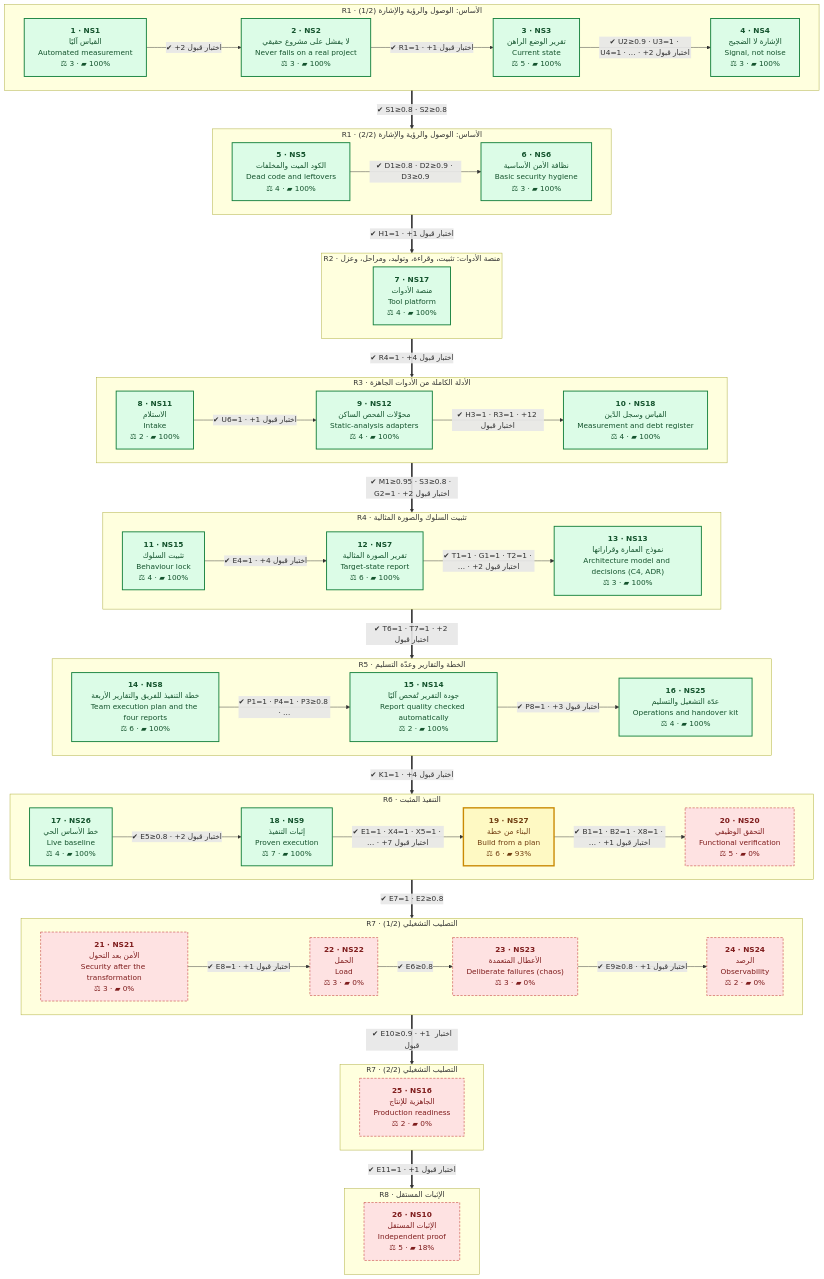
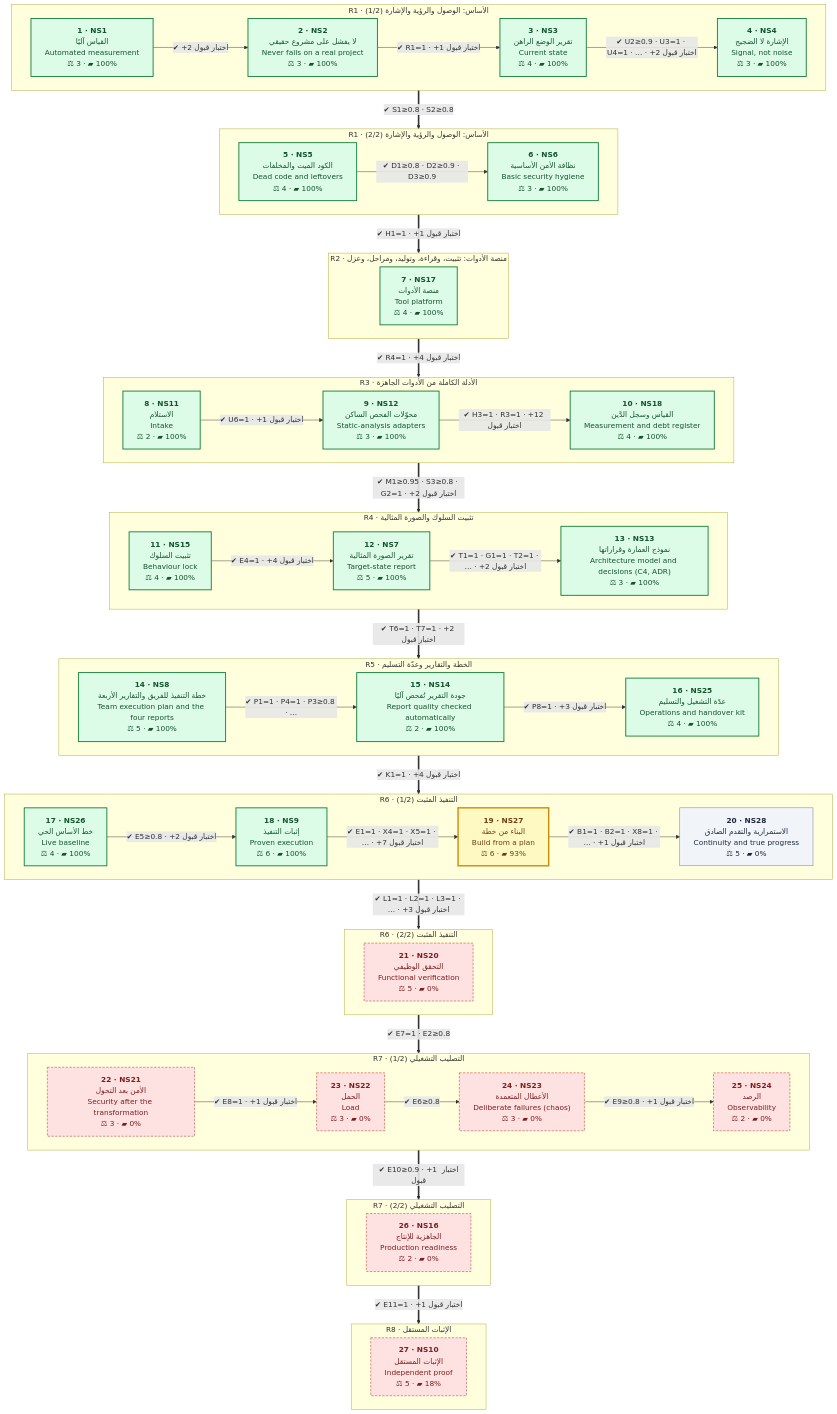
The second of 2 diagrams in README.md (eom1417/engineering-audit-os), drawn with Mermaid before and after one commit. The commit also changed other lines of this file and 23 other files, not shown here.

```diff
--- a/README.md
+++ b/README.md
@@ -251,7 +251,7 @@
         direction LR
         NS1["<b>1 · NS1</b><br/>القياس آليًا<br/>Automated measurement<br/>⚖ 3 · ▰ 100%"]:::done
         NS2["<b>2 · NS2</b><br/>لا يفشل على مشروع حقيقي<br/>Never fails on a real project<br/>⚖ 3 · ▰ 100%"]:::done
-        NS3["<b>3 · NS3</b><br/>تقرير الوضع الراهن<br/>Current state<br/>⚖ 5 · ▰ 100%"]:::done
+        NS3["<b>3 · NS3</b><br/>تقرير الوضع الراهن<br/>Current state<br/>⚖ 4 · ▰ 100%"]:::done
         NS4["<b>4 · NS4</b><br/>الإشارة لا الضجيج<br/>Signal, not noise<br/>⚖ 3 · ▰ 100%"]:::done
         NS1 -->|"✔ +2 اختبار قبول"| NS2
         NS2 -->|"✔ R1=1 · +1 اختبار قبول"| NS3
@@ -270,7 +270,7 @@
     subgraph R3_1["R3 · الأدلة الكاملة من الأدوات الجاهزة"]
         direction LR
         NS11["<b>8 · NS11</b><br/>الاستلام<br/>Intake<br/>⚖ 2 · ▰ 100%"]:::done
-        NS12["<b>9 · NS12</b><br/>محوّلات الفحص الساكن<br/>Static-analysis adapters<br/>⚖ 4 · ▰ 100%"]:::done
+        NS12["<b>9 · NS12</b><br/>محوّلات الفحص الساكن<br/>Static-analysis adapters<br/>⚖ 3 · ▰ 100%"]:::done
         NS18["<b>10 · NS18</b><br/>القياس وسجل الدَّين<br/>Measurement and debt register<br/>⚖ 4 · ▰ 100%"]:::done
         NS11 -->|"✔ U6=1 · +1 اختبار قبول"| NS12
         NS12 -->|"✔ H3=1 · R3=1 · +12 اختبار قبول"| NS18
@@ -278,46 +278,50 @@
     subgraph R4_1["R4 · تثبيت السلوك والصورة المثالية"]
         direction LR
         NS15["<b>11 · NS15</b><br/>تثبيت السلوك<br/>Behaviour lock<br/>⚖ 4 · ▰ 100%"]:::done
-        NS7["<b>12 · NS7</b><br/>تقرير الصورة المثالية<br/>Target-state report<br/>⚖ 6 · ▰ 100%"]:::done
+        NS7["<b>12 · NS7</b><br/>تقرير الصورة المثالية<br/>Target-state report<br/>⚖ 5 · ▰ 100%"]:::done
         NS13["<b>13 · NS13</b><br/>نموذج العمارة وقراراتها<br/>Architecture model and decisions (C4, ADR)<br/>⚖ 3 · ▰ 100%"]:::done
         NS15 -->|"✔ E4=1 · +4 اختبار قبول"| NS7
         NS7 -->|"✔ T1=1 · G1=1 · T2=1 · … · +2 اختبار قبول"| NS13
     end
     subgraph R5_1["R5 · الخطة والتقارير وعدّة التسليم"]
         direction LR
-        NS8["<b>14 · NS8</b><br/>خطة التنفيذ للفريق والتقارير الأربعة<br/>Team execution plan and the four reports<br/>⚖ 6 · ▰ 100%"]:::done
+        NS8["<b>14 · NS8</b><br/>خطة التنفيذ للفريق والتقارير الأربعة<br/>Team execution plan and the four reports<br/>⚖ 5 · ▰ 100%"]:::done
         NS14["<b>15 · NS14</b><br/>جودة التقرير تُفحص آليًا<br/>Report quality checked automatically<br/>⚖ 2 · ▰ 100%"]:::done
         NS25["<b>16 · NS25</b><br/>عدّة التشغيل والتسليم<br/>Operations and handover kit<br/>⚖ 4 · ▰ 100%"]:::done
         NS8 -->|"✔ P1=1 · P4=1 · P3≥0.8 · …"| NS14
         NS14 -->|"✔ P8=1 · +3 اختبار قبول"| NS25
     end
-    subgraph R6_1["R6 · التنفيذ المثبت"]
+    subgraph R6_1["R6 · التنفيذ المثبت (1/2)"]
         direction LR
         NS26["<b>17 · NS26</b><br/>خط الأساس الحي<br/>Live baseline<br/>⚖ 4 · ▰ 100%"]:::done
-        NS9["<b>18 · NS9</b><br/>إثبات التنفيذ<br/>Proven execution<br/>⚖ 7 · ▰ 100%"]:::done
+        NS9["<b>18 · NS9</b><br/>إثبات التنفيذ<br/>Proven execution<br/>⚖ 6 · ▰ 100%"]:::done
         NS27["<b>19 · NS27</b><br/>البناء من خطة<br/>Build from a plan<br/>⚖ 6 · ▰ 93%"]:::current
-        NS20["<b>20 · NS20</b><br/>التحقق الوظيفي<br/>Functional verification<br/>⚖ 5 · ▰ 0%"]:::owner
+        NS28["<b>20 · NS28</b><br/>الاستمرارية والتقدم الصادق<br/>Continuity and true progress<br/>⚖ 5 · ▰ 0%"]:::next
         NS26 -->|"✔ E5≥0.8 · +2 اختبار قبول"| NS9
         NS9 -->|"✔ E1=1 · X4=1 · X5=1 · … · +7 اختبار قبول"| NS27
-        NS27 -->|"✔ B1=1 · B2=1 · X8=1 · … · +1 اختبار قبول"| NS20
+        NS27 -->|"✔ B1=1 · B2=1 · X8=1 · … · +1 اختبار قبول"| NS28
+    end
+    subgraph R6_2["R6 · التنفيذ المثبت (2/2)"]
+        direction LR
+        NS20["<b>21 · NS20</b><br/>التحقق الوظيفي<br/>Functional verification<br/>⚖ 5 · ▰ 0%"]:::owner
     end
     subgraph R7_1["R7 · التصليب التشغيلي (1/2)"]
         direction LR
-        NS21["<b>21 · NS21</b><br/>الأمن بعد التحول<br/>Security after the transformation<br/>⚖ 3 · ▰ 0%"]:::owner
-        NS22["<b>22 · NS22</b><br/>الحمل<br/>Load<br/>⚖ 3 · ▰ 0%"]:::owner
-        NS23["<b>23 · NS23</b><br/>الأعطال المتعمدة<br/>Deliberate failures (chaos)<br/>⚖ 3 · ▰ 0%"]:::owner
-        NS24["<b>24 · NS24</b><br/>الرصد<br/>Observability<br/>⚖ 2 · ▰ 0%"]:::owner
+        NS21["<b>22 · NS21</b><br/>الأمن بعد التحول<br/>Security after the transformation<br/>⚖ 3 · ▰ 0%"]:::owner
+        NS22["<b>23 · NS22</b><br/>الحمل<br/>Load<br/>⚖ 3 · ▰ 0%"]:::owner
+        NS23["<b>24 · NS23</b><br/>الأعطال المتعمدة<br/>Deliberate failures (chaos)<br/>⚖ 3 · ▰ 0%"]:::owner
+        NS24["<b>25 · NS24</b><br/>الرصد<br/>Observability<br/>⚖ 2 · ▰ 0%"]:::owner
         NS21 -->|"✔ E8=1 · +1 اختبار قبول"| NS22
         NS22 -->|"✔ E6≥0.8"| NS23
         NS23 -->|"✔ E9≥0.8 · +1 اختبار قبول"| NS24
     end
     subgraph R7_2["R7 · التصليب التشغيلي (2/2)"]
         direction LR
-        NS16["<b>25 · NS16</b><br/>الجاهزية للإنتاج<br/>Production readiness<br/>⚖ 2 · ▰ 0%"]:::owner
+        NS16["<b>26 · NS16</b><br/>الجاهزية للإنتاج<br/>Production readiness<br/>⚖ 2 · ▰ 0%"]:::owner
     end
     subgraph R8_1["R8 · الإثبات المستقل"]
         direction LR
-        NS10["<b>26 · NS10</b><br/>الإثبات المستقل<br/>Independent proof<br/>⚖ 5 · ▰ 18%"]:::owner
+        NS10["<b>27 · NS10</b><br/>الإثبات المستقل<br/>Independent proof<br/>⚖ 5 · ▰ 18%"]:::owner
     end
     R1_1 ==>|"✔ S1≥0.8 · S2≥0.8"| R1_2
     R1_2 ==>|"✔ H1=1 · +1 اختبار قبول"| R2_1
@@ -325,7 +329,8 @@
     R3_1 ==>|"✔ M1≥0.95 · S3≥0.8 · G2=1 · +2 اختبار قبول"| R4_1
     R4_1 ==>|"✔ T6=1 · T7=1 · +2 اختبار قبول"| R5_1
     R5_1 ==>|"✔ K1=1 · +4 اختبار قبول"| R6_1
-    R6_1 ==>|"✔ E7=1 · E2≥0.8"| R7_1
+    R6_1 ==>|"✔ L1=1 · L2=1 · L3=1 · … · +3 اختبار قبول"| R6_2
+    R6_2 ==>|"✔ E7=1 · E2≥0.8"| R7_1
     R7_1 ==>|"✔ E10≥0.9 · +1 اختبار قبول"| R7_2
     R7_2 ==>|"✔ E11=1 · +1 اختبار قبول"| R8_1
     classDef done fill:#dcfce7,stroke:#15803d,color:#14532d,stroke-width:2px
```
